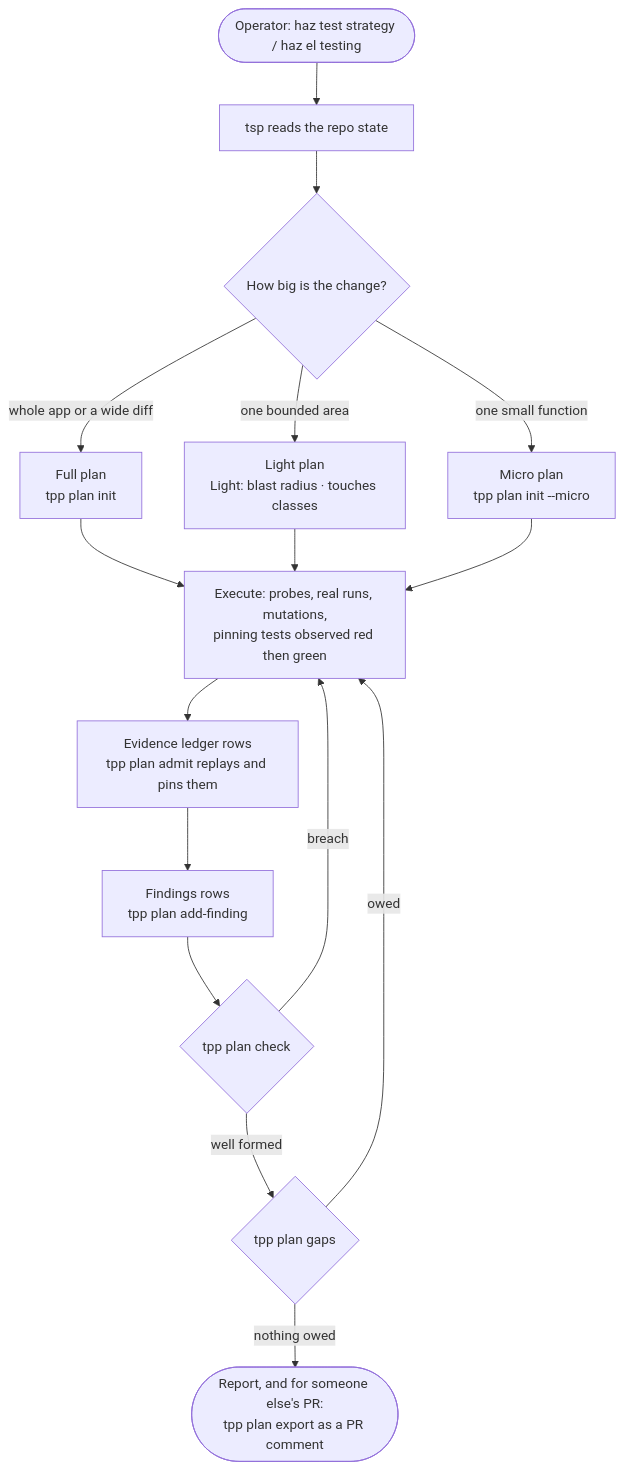
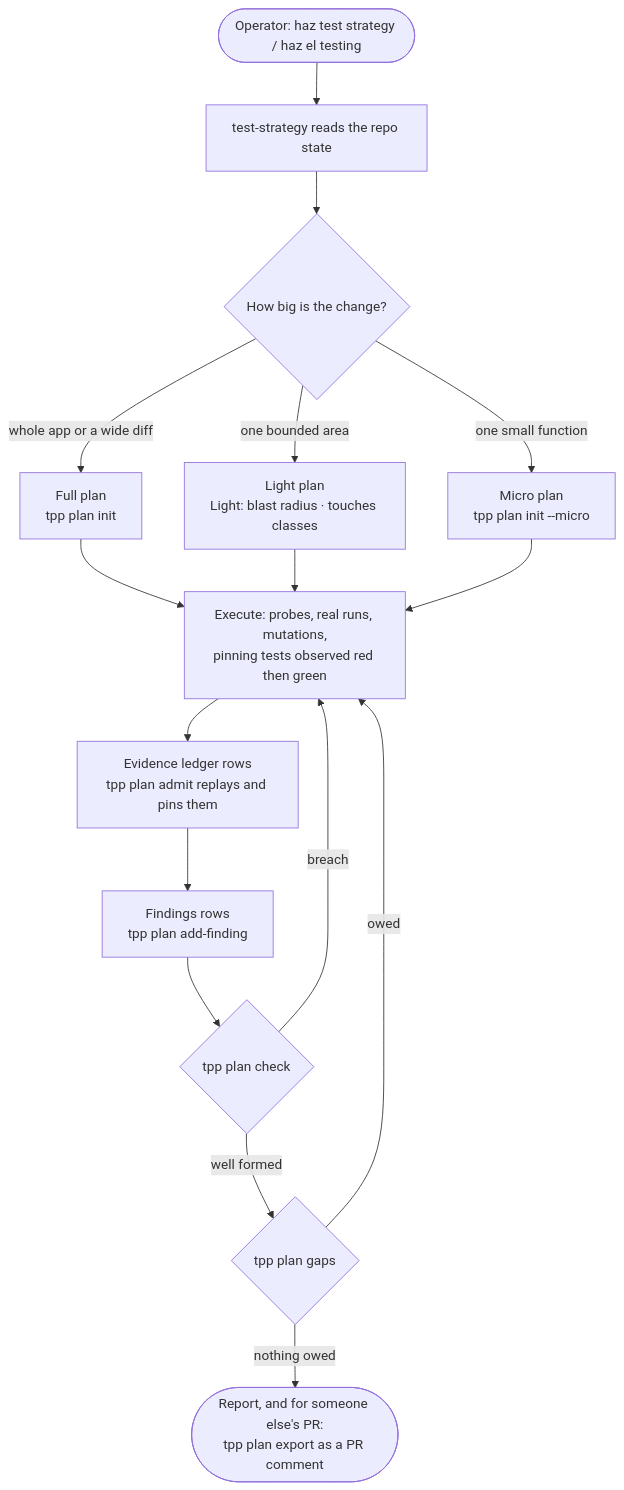
The third of 4 diagrams in README.md (alesierraalta/tpp), drawn with Mermaid before and after one commit. The commit also changed other lines of this file and 90 other files, not shown here.

Commit message:
fix(skills): restore test-strategy identity and discovery triggers

````diff
--- a/README.md
+++ b/README.md
@@ -93,18 +93,18 @@
 ```mermaid
 flowchart TD
-    ask([Operator: haz test strategy / haz el testing]) --> strategy[tsp reads the repo state]
+    ask([Operator: haz test strategy / haz el testing]) --> strategy[test-strategy reads the repo state]
     strategy --> size{How big is the change?}
     size -- "whole app or a wide diff" --> full[Full plan<br/>tpp plan init]
     size -- "one bounded area" --> light[Light plan<br/>Light: blast radius · touches classes]
     size -- "one small function" --> micro[Micro plan<br/>tpp plan init --micro]
     full --> execute
     light --> execute
     micro --> execute
     execute[Execute: probes, real runs, mutations,<br/>pinning tests observed red then green] --> ledger[Evidence ledger rows<br/>tpp plan admit replays and pins them]
     ledger --> findings[Findings rows<br/>tpp plan add-finding]
     findings --> check{tpp plan check}
     check -- breach --> execute
     check -- well formed --> gaps{tpp plan gaps}
     gaps -- owed --> execute
     gaps -- nothing owed --> close([Report, and for someone else's PR:<br/>tpp plan export as a PR comment])
 ```
````
